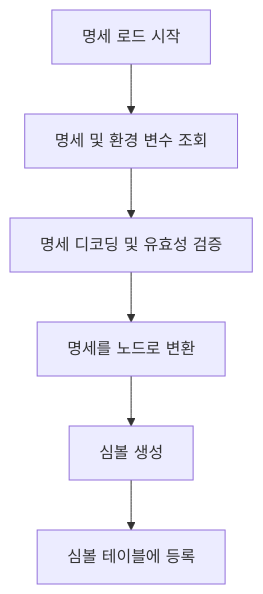
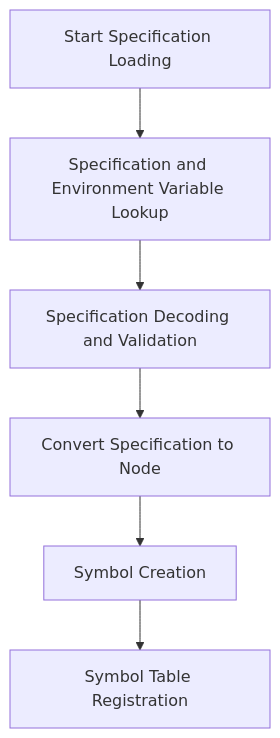
One commit to siyul-park/uniflow changed the fifth of 9 diagrams in docs/flowchart.md. Above: the diagram before and after it, drawn with Mermaid. The commit also changed other lines of this file and 3 other files, not shown here.

````diff
--- a/docs/flowchart.md
+++ b/docs/flowchart.md
@@ -121,8 +122,8 @@
 ```mermaid
 flowchart TD
-    A["명세 로드 시작"] --> B["명세 및 환경 변수 조회"]
-    B --> C["명세 디코딩 및 유효성 검증"]
-    C --> D["명세를 노드로 변환"]
-    D --> E["심볼 생성"]
-    E --> F["심볼 테이블에 등록"]
+    A["Start Specification Loading"] --> B["Specification and Environment Variable Lookup"]
+    B --> C["Specification Decoding and Validation"]
+    C --> D["Convert Specification to Node"]
+    D --> E["Symbol Creation"]
+    E --> F["Symbol Table Registration"]
 ```
````
